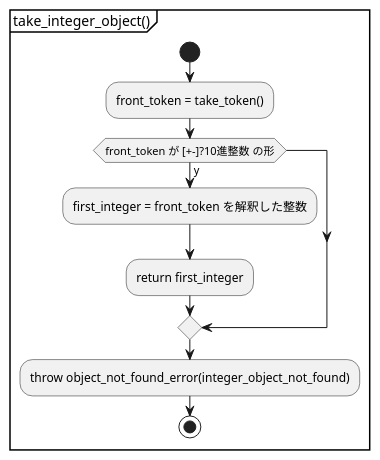
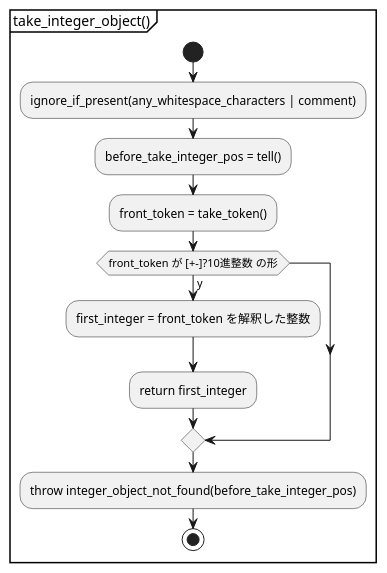
The third of 15 diagrams in document/document_reader/ipdfstream/object_stream/object_stream.activity.pu (KodaiYM/PDFReader), drawn with PlantUML before and after one commit. The commit also changed other lines of this file and 23 other files, not shown here.

```diff
--- a/document/document_reader/ipdfstream/object_stream/object_stream.activity.pu
+++ b/document/document_reader/ipdfstream/object_stream/object_stream.activity.pu
@@ -101,14 +105,16 @@
 @startuml take_integer_object
 partition "take_integer_object()" {
 start
+	:ignore_if_present(any_whitespace_characters | comment);
+	:before_take_integer_pos = tell();
 	:front_token = take_token();
 
 	if (front_token が [+-]?10進整数 の形) then (y)
 		:first_integer = front_token を解釈した整数;
 		:return first_integer;
 	endif
 
-	:throw object_not_found_error(integer_object_not_found);
+	:throw integer_object_not_found(before_take_integer_pos);
 stop
 }
 @enduml
```
